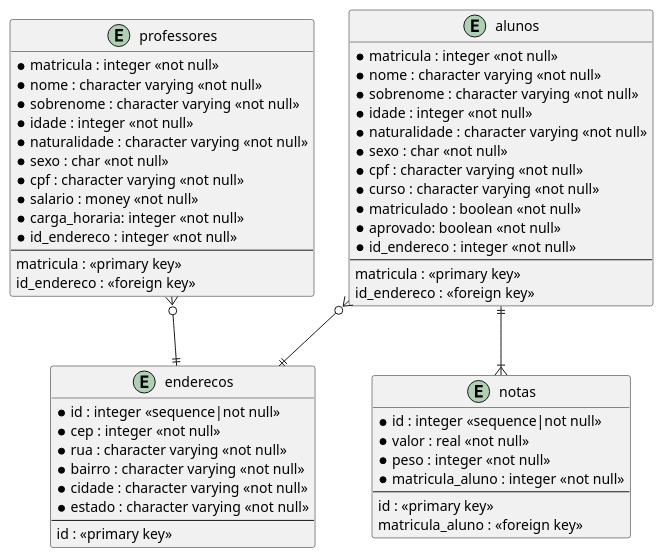
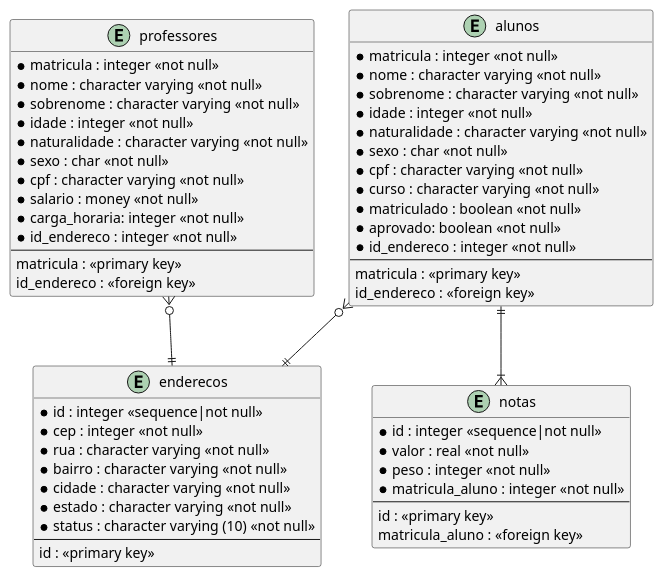
Before and after one commit to IsaiasAlmeida20/academico-web-api: the diagram in diagramas/DiagramaER.wsd, drawn with PlantUML. The commit also changed 83 other files, not shown here.

```diff
--- a/diagramas/DiagramaER.wsd
+++ b/diagramas/DiagramaER.wsd
@@ -1,61 +1,62 @@
 @startuml academico-db
 
     entity enderecos {
         *id : integer <<sequence|not null>>
         *cep : integer <<not null>>
         *rua : character varying <<not null>>
         *bairro : character varying <<not null>>
         *cidade : character varying <<not null>>
         *estado : character varying <<not null>>
+        *status : character varying (10) <<not null>>
         --
         id : <<primary key>>
     }
 
     entity professores {
         *matricula : integer <<not null>>
         *nome : character varying <<not null>>
         *sobrenome : character varying <<not null>>
         *idade : integer <<not null>>
         *naturalidade : character varying <<not null>>
         *sexo : char <<not null>>
         *cpf : character varying <<not null>>
         *salario : money <<not null>>
         *carga_horaria: integer <<not null>>
         *id_endereco : integer <<not null>>
         --
         matricula : <<primary key>>
         id_endereco : <<foreign key>> 
     }
 
     entity alunos {
         *matricula : integer <<not null>>
         *nome : character varying <<not null>>
         *sobrenome : character varying <<not null>>
         *idade : integer <<not null>>
         *naturalidade : character varying <<not null>>
         *sexo : char <<not null>>
         *cpf : character varying <<not null>>
         *curso : character varying <<not null>>
         *matriculado : boolean <<not null>>
         *aprovado: boolean <<not null>>
         *id_endereco : integer <<not null>>
         --
         matricula : <<primary key>>
         id_endereco : <<foreign key>>
     }
 
     entity notas {
         *id : integer <<sequence|not null>>
         *valor : real <<not null>>
         *peso : integer <<not null>>
         *matricula_aluno : integer <<not null>>
         --
         id : <<primary key>>
         matricula_aluno : <<foreign key>> 
     }
 
     professores }o--|| enderecos
     alunos }o--|| enderecos
     alunos ||--|{ notas
 
 @enduml academico-db
```
